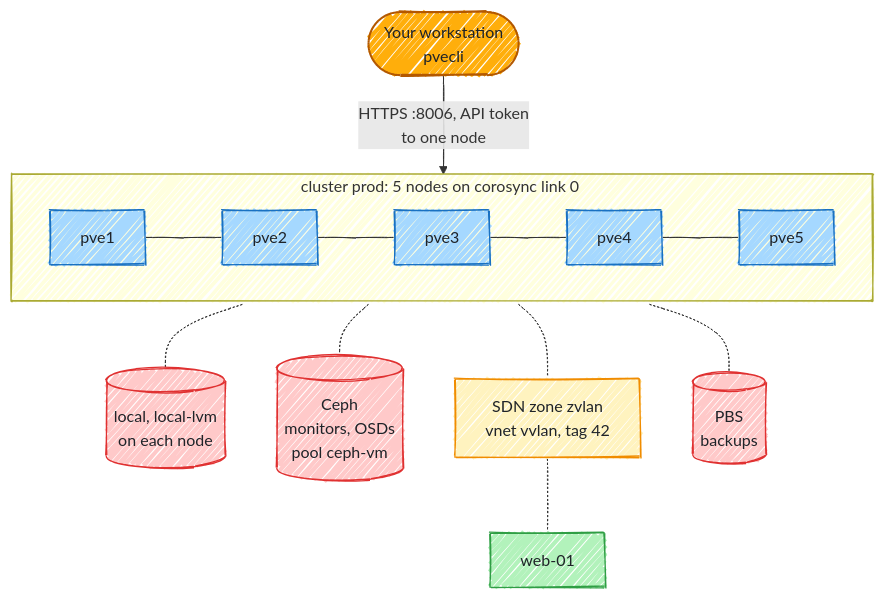
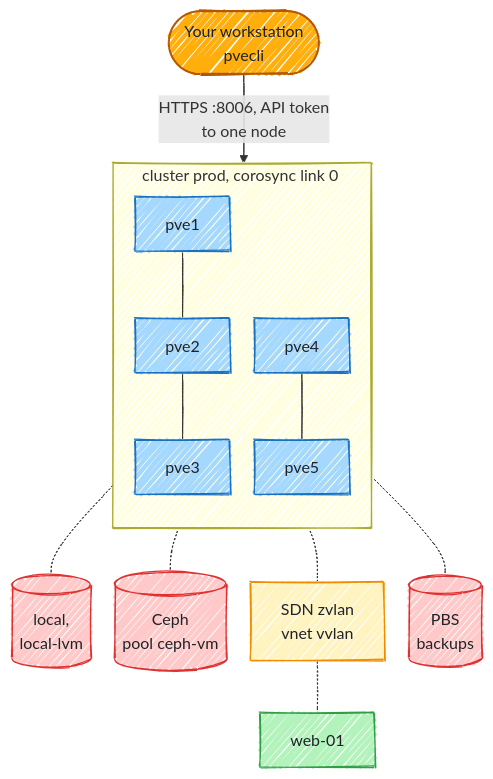
One commit to Helphyy/pvecli changed the diagram in docs/infrastructure/index.md. Above: the diagram before and after it, drawn with Mermaid. The commit also changed other lines of this file and 19 other files, not shown here.

First line of the commit message:
Draw the diagrams at build time so they no longer pop in

````diff
--- a/docs/infrastructure/index.md
+++ b/docs/infrastructure/index.md
@@ -13,26 +15,29 @@
 ```mermaid
 ---
 config:
   look: handDrawn
   flowchart:
     curve: basis
+    nodeSpacing: 22
+    rankSpacing: 40
 ---
 flowchart TB
   you(["Your workstation<br/>pvecli"]):::pv
   you -- "HTTPS :8006, API token<br/>to one node" --> prod
-  subgraph prod ["cluster prod: 5 nodes on corosync link 0#nbsp;"]
-    direction LR
-    p1["pve1"]:::host --- p2["pve2"]:::host --- p3["pve3"]:::host --- p4["pve4"]:::host --- p5["pve5"]:::host
+  subgraph prod ["cluster prod, corosync link 0#nbsp;"]
+    direction TB
+    p1["pve1"]:::host --- p2["pve2"]:::host --- p3["pve3"]:::host
+    p4["pve4"]:::host --- p5["pve5"]:::host
   end
-  prod -.- local[("local, local-lvm<br/>on each node")]:::store
-  prod -.- ceph[("Ceph<br/>monitors, OSDs<br/>pool ceph-vm")]:::store
-  prod -.- sdn["SDN zone zvlan<br/>vnet vvlan, tag 42"]:::net
+  prod -.- local[("local,<br/>local-lvm")]:::store
+  prod -.- ceph[("Ceph<br/>pool ceph-vm")]:::store
+  prod -.- sdn["SDN zvlan<br/>vnet vvlan"]:::net
   sdn -.- vm1["web-01"]:::vm
   prod -.- pbs[("PBS<br/>backups")]:::store
 
   classDef pv fill:#ffae0b,stroke:#b35800,color:#1f2328,stroke-width:2px
   classDef host fill:#a5d8ff,stroke:#1971c2,color:#1f2328
   classDef vm fill:#b2f2bb,stroke:#2f9e44,color:#1f2328
   classDef net fill:#fff3bf,stroke:#f08c00,color:#1f2328
   classDef store fill:#ffc9c9,stroke:#e03131,color:#1f2328
 ```
````
